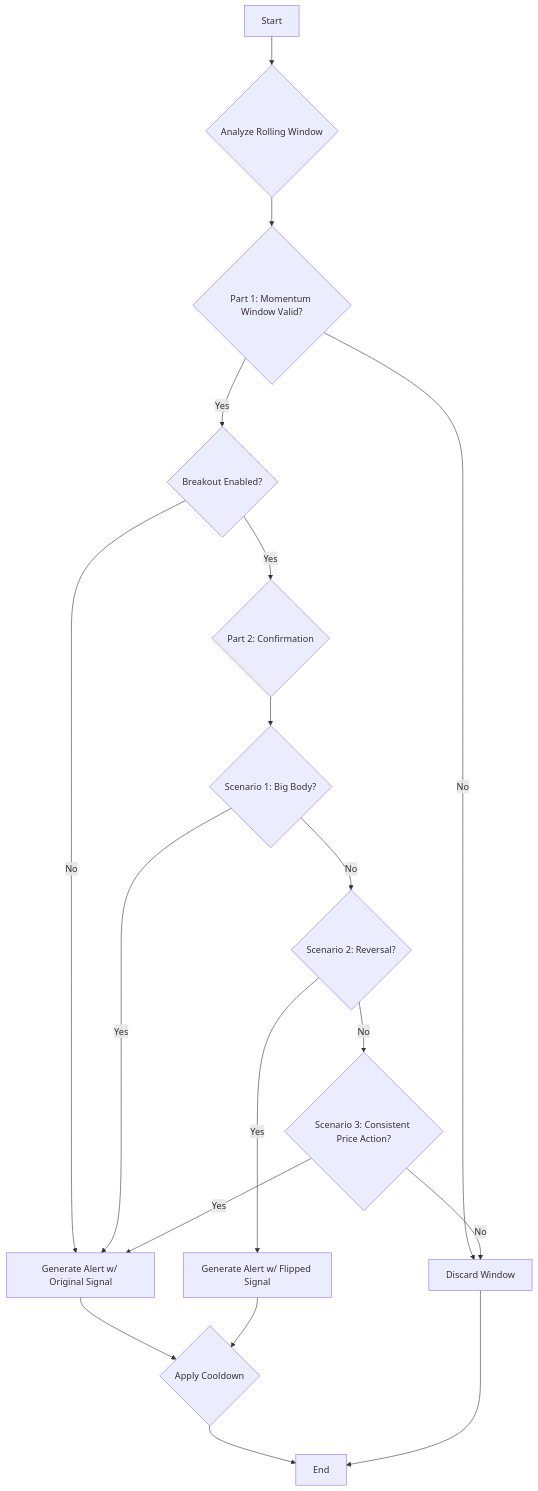
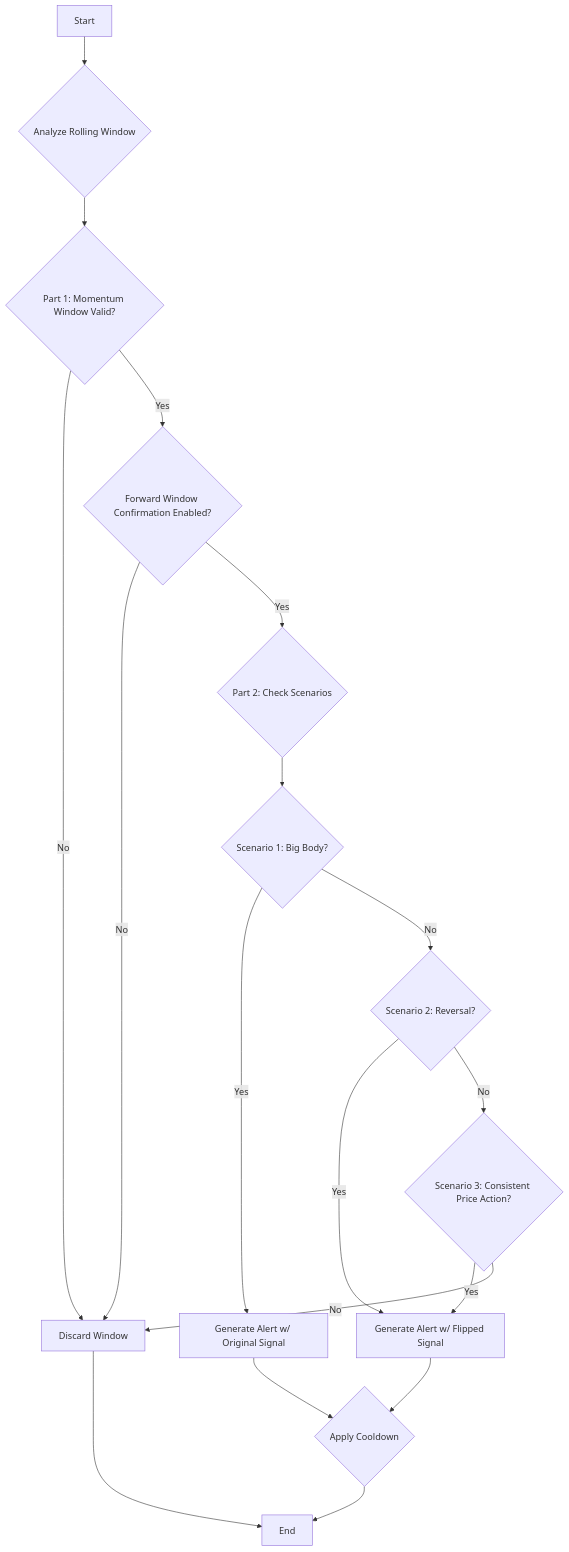
One commit to haud-tech-org/stock_trading changed the diagram in docs/algorithms/CONSISTENT_MOMENTUM.md. Above: the diagram before and after it, drawn with Mermaid. The commit also changed other lines of this file and 8 other files, not shown here.

Commit message:
- Refator code of reversal signal confirmation for the Consistent momentum approach

````diff
--- a/docs/algorithms/CONSISTENT_MOMENTUM.md
+++ b/docs/algorithms/CONSISTENT_MOMENTUM.md
@@ -117,20 +121,20 @@
 ```mermaid
 graph TD
     A[Start] --> B{Analyze Rolling Window};
     B --> C{Part 1: Momentum Window Valid?};
     C -- No --> X[Discard Window];
-    C -- Yes --> F{Breakout Enabled?};
-    F -- No --> G[Generate Alert w/ Original Signal];
-    F -- Yes --> H{Part 2: Confirmation};
+    C -- Yes --> F{Forward Window Confirmation Enabled?};
+    F -- No --> X;
+    F -- Yes --> H{Part 2: Check Scenarios};
     H --> I{Scenario 1: Big Body?};
-    I -- Yes --> G;
+    I -- Yes --> G[Generate Alert w/ Original Signal];
     I -- No --> J{Scenario 2: Reversal?};
     J -- Yes --> K[Generate Alert w/ Flipped Signal];
     J -- No --> L{Scenario 3: Consistent Price Action?};
-    L -- Yes --> G;
+    L -- Yes --> K;
     L -- No --> X;
     G --> M{Apply Cooldown};
     K --> M;
     M --> Z[End];
     X --> Z;
 ```
````
